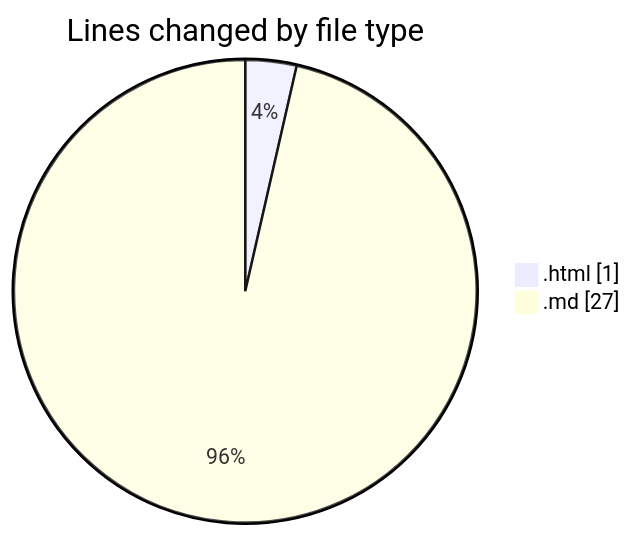
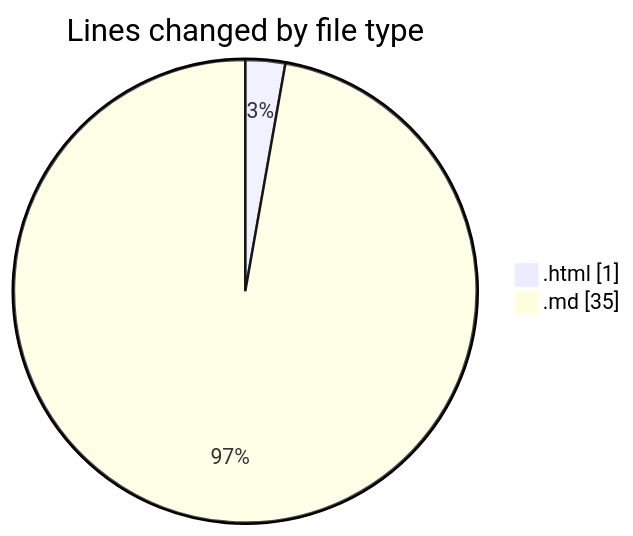
Before and after one commit to Ritupan-Deka/code-tracking: the first of 2 diagrams in 2025-07-08/urlwebwala_intership_work/README.md, drawn with Mermaid. The commit also changed other lines of this file and 1 other file, not shown here.

````diff
--- a/2025-07-08/urlwebwala_intership_work/README.md
+++ b/2025-07-08/urlwebwala_intership_work/README.md
@@ -21,6 +21,6 @@
 ```mermaid
 pie showData
 title Lines changed by file type
 ".html" : 1
-".md" : 27
+".md" : 35
 ```
````
